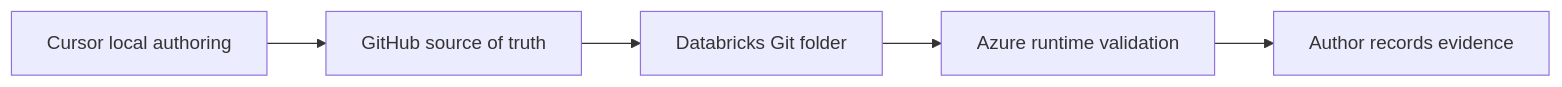
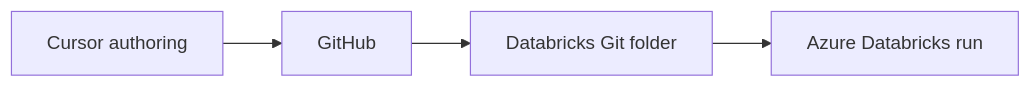
Before and after one commit to rajdump/pyspark-on-azure-databricks-academy: the second of 2 diagrams in vault/home.md, drawn with Mermaid. The commit also changed other lines of this file and 25 other files, not shown here.

````diff
--- a/vault/home.md
+++ b/vault/home.md
@@ -107,7 +68,6 @@
 ```mermaid
 flowchart LR
-    C[Cursor local authoring] --> G[GitHub source of truth]
+    C[Cursor authoring] --> G[GitHub]
     G --> D[Databricks Git folder]
-    D --> V[Azure runtime validation]
-    V --> E[Author records evidence]
+    D --> V[Azure Databricks run]
 ```
````
